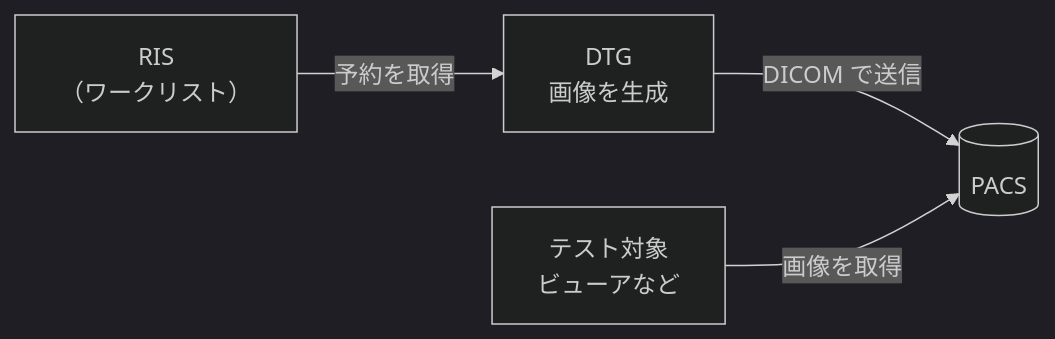
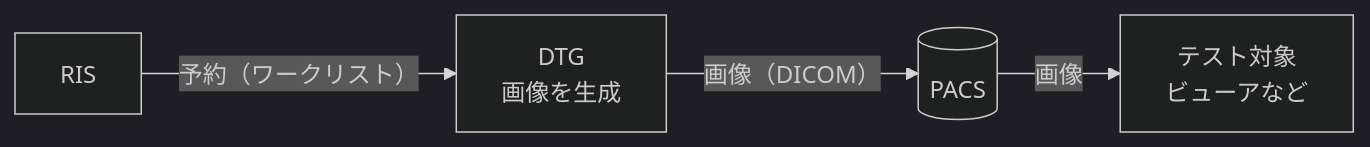
Before and after one commit to jeysunit/dicom-test-generator: the diagram in README.md, drawn with Mermaid (dark theme). The commit also changed 2 other files, not shown here.

Commit message:
docs: 図の矢印をデータが流れる向きにそろえる
README と architecture.md の図で、矢印を要求の向きではなくデータが流れる向きに
し、ラベルを流れるもの（名詞）にした。保管確認は要求と結果の2本の矢印にした。
docs/README.md の「書き方」にこの規則を1行追加した。

Claude-Session: https://claude.ai/code/session_01DcA3jMCoXaGxhZmortBwLG

````diff
--- a/README.md
+++ b/README.md
@@ -10,6 +10,6 @@
 ```mermaid
 flowchart LR
-  RIS["RIS<br/>（ワークリスト）"] -->|"予約を取得"| DTG["DTG<br/>画像を生成"]
-  DTG -->|"DICOM で送信"| PACS[("PACS")]
-  VIEWER["テスト対象<br/>ビューアなど"] -->|"画像を取得"| PACS
+  RIS["RIS"] -->|"予約（ワークリスト）"| DTG["DTG<br/>画像を生成"]
+  DTG -->|"画像（DICOM）"| PACS[("PACS")]
+  PACS -->|"画像"| VIEWER["テスト対象<br/>ビューアなど"]
 ```
````
